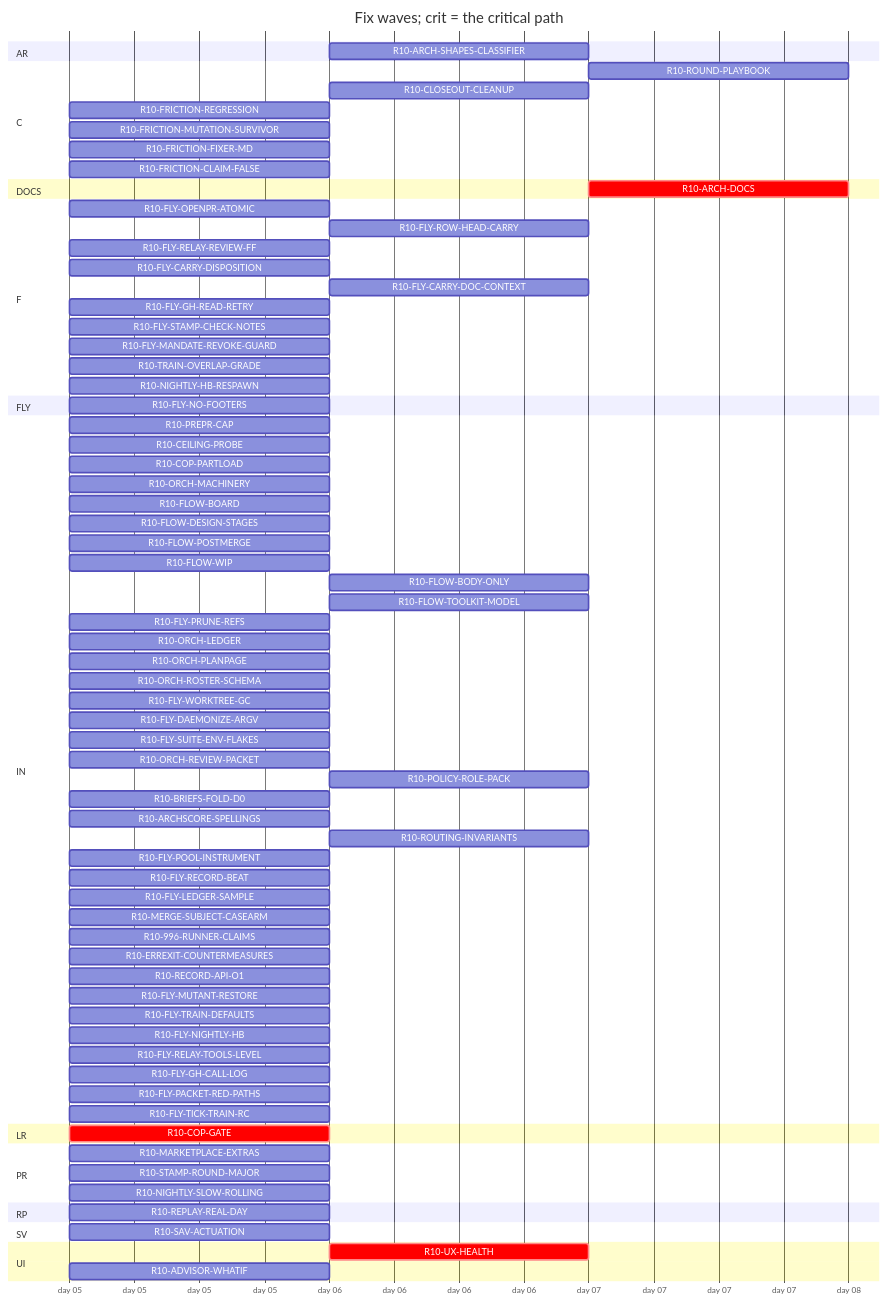
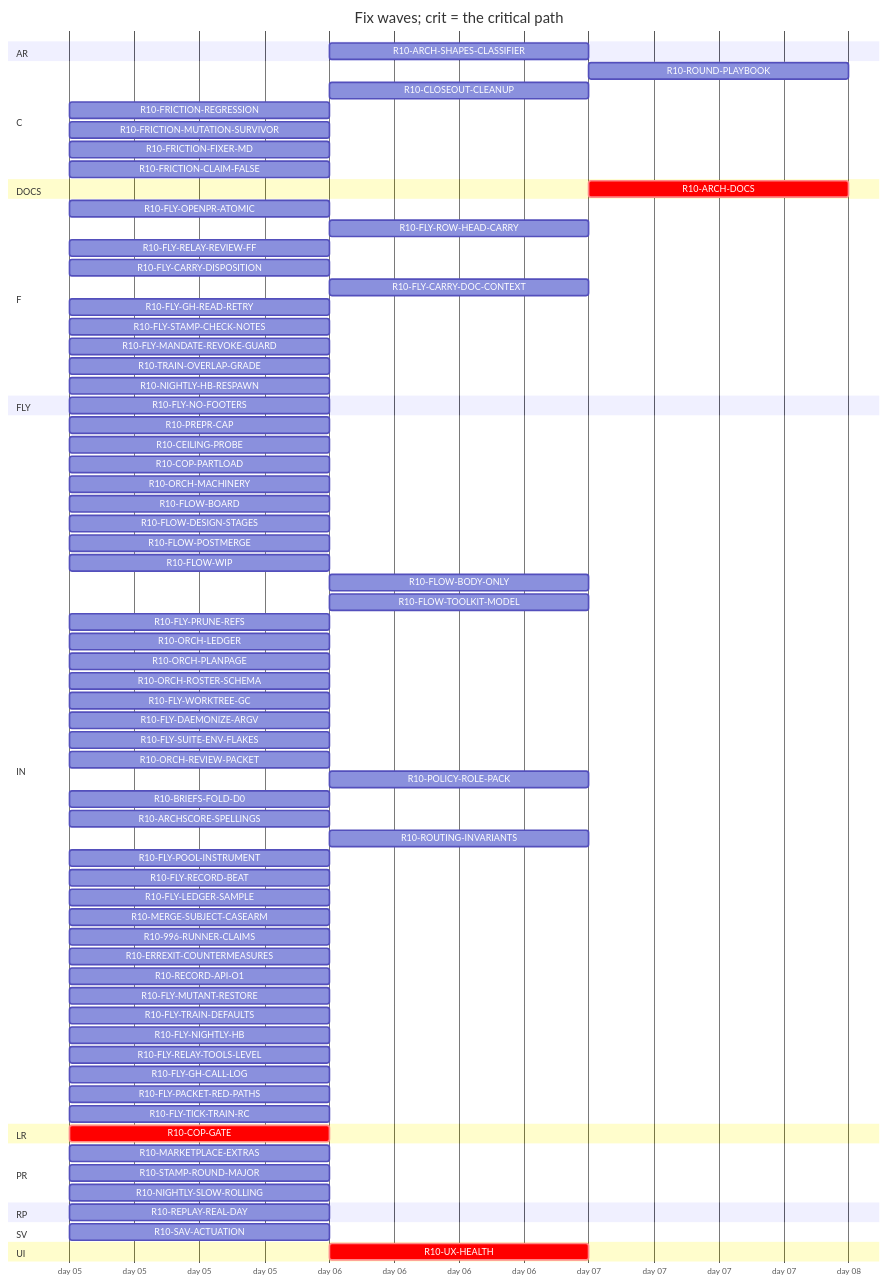
Before and after one commit to tvofi/heatpump_optimizer: the diagram in handoff/round10/state/PLAN-TABLE.md, drawn with Mermaid. The commit also changed other lines of this file and 3 other files, not shown here.

Commit message:
state: FLOW-BOARD.md, NEXT-SESSION-PROMPT.md, PLAN-TABLE.md, RESUME-CURRENT.md regenerated (state_docs.py)

````diff
--- a/handoff/round10/state/PLAN-TABLE.md
+++ b/handoff/round10/state/PLAN-TABLE.md
@@ -24,80 +24,79 @@
 ```mermaid
 gantt
   title Fix waves; crit = the critical path
   dateFormat YYYY-MM-DD
   axisFormat day %d
   section AR
     R10-ARCH-SHAPES-CLASSIFIER :r10ARCHSHAPESCLASSIFIER, after r10996RUNNERCLAIMS, 1d
   section C
     R10-ROUND-PLAYBOOK :r10ROUNDPLAYBOOK, after r10ORCHLEDGER r10ORCHPLANPAGE r10FLYRELAYREVIEWFF r10FLOWBODYONLY, 1d
     R10-CLOSEOUT-CLEANUP :r10CLOSEOUTCLEANUP, after r10FLYPRUNEREFS r10FLYWORKTREEGC, 1d
     R10-FRICTION-REGRESSION :r10FRICTIONREGRESSION, 2026-01-05, 1d
     R10-FRICTION-MUTATION-SURVIVOR :r10FRICTIONMUTATIONSURVIVOR, 2026-01-05, 1d
     R10-FRICTION-FIXER-MD :r10FRICTIONFIXERMD, 2026-01-05, 1d
     R10-FRICTION-CLAIM-FALSE :r10FRICTIONCLAIMFALSE, 2026-01-05, 1d
   section DOCS
     R10-ARCH-DOCS :crit, r10ARCHDOCS, after r10COPGATE r10UXHEALTH r10CEILINGPROBE r10COPPARTLOAD r10FLOWBOARD r10FLOWDESIGNSTAGES r10FLOWPOSTMERGE r10FLOWWIP r10FLOWBODYONLY r10FLYOPENPRATOMIC r10FLYROWHEADCARRY r10FLYRELAYREVIEWFF r10FLYCARRYDISPOSITION r10FLYCARRYDOCCONTEXT r10FLOWTOOLKITMODEL r10FLYSTAMPCHECKNOTES r10FLYMANDATEREVOKEGUARD r10TRAINOVERLAPGRADE r10NIGHTLYHBRESPAWN r10FLYPRUNEREFS r10ORCHLEDGER r10ORCHPLANPAGE r10ORCHROSTERSCHEMA r10FLYWORKTREEGC r10FLYDAEMONIZEARGV r10ORCHREVIEWPACKET r10POLICYROLEPACK r10BRIEFSFOLDD0 r10REPLAYREALDAY r10ARCHSCORESPELLINGS r10SAVACTUATION r10FLYLEDGERSAMPLE, 1d
   section F
     R10-FLY-OPENPR-ATOMIC :r10FLYOPENPRATOMIC, 2026-01-05, 1d
     R10-FLY-ROW-HEAD-CARRY :r10FLYROWHEADCARRY, after r10FLYOPENPRATOMIC, 1d
     R10-FLY-RELAY-REVIEW-FF :r10FLYRELAYREVIEWFF, 2026-01-05, 1d
     R10-FLY-CARRY-DISPOSITION :r10FLYCARRYDISPOSITION, 2026-01-05, 1d
     R10-FLY-CARRY-DOC-CONTEXT :r10FLYCARRYDOCCONTEXT, after r10FLYGHREADRETRY, 1d
     R10-FLY-GH-READ-RETRY :r10FLYGHREADRETRY, 2026-01-05, 1d
     R10-FLY-STAMP-CHECK-NOTES :r10FLYSTAMPCHECKNOTES, 2026-01-05, 1d
     R10-FLY-MANDATE-REVOKE-GUARD :r10FLYMANDATEREVOKEGUARD, 2026-01-05, 1d
     R10-TRAIN-OVERLAP-GRADE :r10TRAINOVERLAPGRADE, 2026-01-05, 1d
     R10-NIGHTLY-HB-RESPAWN :r10NIGHTLYHBRESPAWN, 2026-01-05, 1d
   section FLY
     R10-FLY-NO-FOOTERS :r10FLYNOFOOTERS, 2026-01-05, 1d
   section IN
     R10-PREPR-CAP :r10PREPRCAP, 2026-01-05, 1d
     R10-CEILING-PROBE :r10CEILINGPROBE, 2026-01-05, 1d
     R10-COP-PARTLOAD :r10COPPARTLOAD, 2026-01-05, 1d
     R10-ORCH-MACHINERY :r10ORCHMACHINERY, 2026-01-05, 1d
     R10-FLOW-BOARD :r10FLOWBOARD, 2026-01-05, 1d
     R10-FLOW-DESIGN-STAGES :r10FLOWDESIGNSTAGES, 2026-01-05, 1d
     R10-FLOW-POSTMERGE :r10FLOWPOSTMERGE, 2026-01-05, 1d
     R10-FLOW-WIP :r10FLOWWIP, 2026-01-05, 1d
     R10-FLOW-BODY-ONLY :r10FLOWBODYONLY, after r10FLYOPENPRATOMIC, 1d
     R10-FLOW-TOOLKIT-MODEL :r10FLOWTOOLKITMODEL, after r10ORCHPLANPAGE, 1d
     R10-FLY-PRUNE-REFS :r10FLYPRUNEREFS, 2026-01-05, 1d
     R10-ORCH-LEDGER :r10ORCHLEDGER, 2026-01-05, 1d
     R10-ORCH-PLANPAGE :r10ORCHPLANPAGE, 2026-01-05, 1d
     R10-ORCH-ROSTER-SCHEMA :r10ORCHROSTERSCHEMA, 2026-01-05, 1d
     R10-FLY-WORKTREE-GC :r10FLYWORKTREEGC, 2026-01-05, 1d
     R10-FLY-DAEMONIZE-ARGV :r10FLYDAEMONIZEARGV, 2026-01-05, 1d
     R10-FLY-SUITE-ENV-FLAKES :r10FLYSUITEENVFLAKES, 2026-01-05, 1d
     R10-ORCH-REVIEW-PACKET :r10ORCHREVIEWPACKET, 2026-01-05, 1d
     R10-POLICY-ROLE-PACK :r10POLICYROLEPACK, after r10FLOWDESIGNSTAGES, 1d
     R10-BRIEFS-FOLD-D0 :r10BRIEFSFOLDD0, 2026-01-05, 1d
     R10-ARCHSCORE-SPELLINGS :r10ARCHSCORESPELLINGS, 2026-01-05, 1d
     R10-ROUTING-INVARIANTS :r10ROUTINGINVARIANTS, after r10ORCHROSTERSCHEMA, 1d
     R10-FLY-POOL-INSTRUMENT :r10FLYPOOLINSTRUMENT, 2026-01-05, 1d
     R10-FLY-RECORD-BEAT :r10FLYRECORDBEAT, 2026-01-05, 1d
     R10-FLY-LEDGER-SAMPLE :r10FLYLEDGERSAMPLE, 2026-01-05, 1d
     R10-MERGE-SUBJECT-CASEARM :r10MERGESUBJECTCASEARM, 2026-01-05, 1d
     R10-996-RUNNER-CLAIMS :r10996RUNNERCLAIMS, 2026-01-05, 1d
     R10-ERREXIT-COUNTERMEASURES :r10ERREXITCOUNTERMEASURES, 2026-01-05, 1d
     R10-RECORD-API-O1 :r10RECORDAPIO1, 2026-01-05, 1d
     R10-FLY-MUTANT-RESTORE :r10FLYMUTANTRESTORE, 2026-01-05, 1d
     R10-FLY-TRAIN-DEFAULTS :r10FLYTRAINDEFAULTS, 2026-01-05, 1d
     R10-FLY-NIGHTLY-HB :r10FLYNIGHTLYHB, 2026-01-05, 1d
     R10-FLY-RELAY-TOOLS-LEVEL :r10FLYRELAYTOOLSLEVEL, 2026-01-05, 1d
     R10-FLY-GH-CALL-LOG :r10FLYGHCALLLOG, 2026-01-05, 1d
     R10-FLY-PACKET-RED-PATHS :r10FLYPACKETREDPATHS, 2026-01-05, 1d
     R10-FLY-TICK-TRAIN-RC :r10FLYTICKTRAINRC, 2026-01-05, 1d
   section LR
     R10-COP-GATE :crit, r10COPGATE, 2026-01-05, 1d
   section PR
     R10-MARKETPLACE-EXTRAS :r10MARKETPLACEEXTRAS, 2026-01-05, 1d
     R10-STAMP-ROUND-MAJOR :r10STAMPROUNDMAJOR, 2026-01-05, 1d
     R10-NIGHTLY-SLOW-ROLLING :r10NIGHTLYSLOWROLLING, 2026-01-05, 1d
   section RP
     R10-REPLAY-REAL-DAY :r10REPLAYREALDAY, 2026-01-05, 1d
   section SV
     R10-SAV-ACTUATION :r10SAVACTUATION, 2026-01-05, 1d
   section UI
     R10-UX-HEALTH :crit, r10UXHEALTH, after r10COPGATE, 1d
-    R10-ADVISOR-WHATIF :r10ADVISORWHATIF, 2026-01-05, 1d
 ```
````
